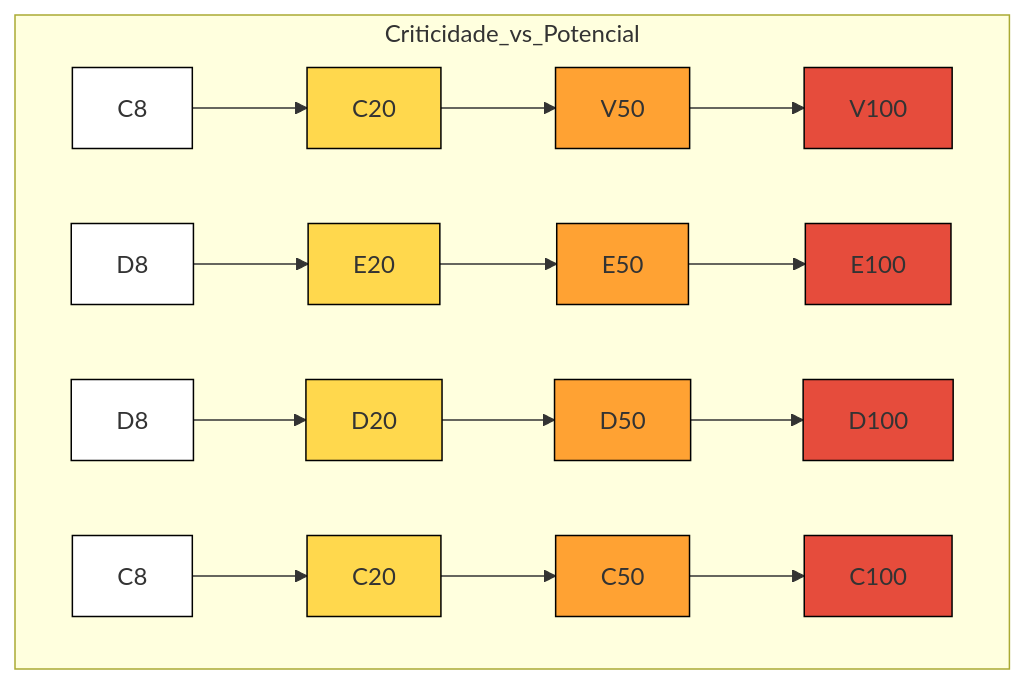
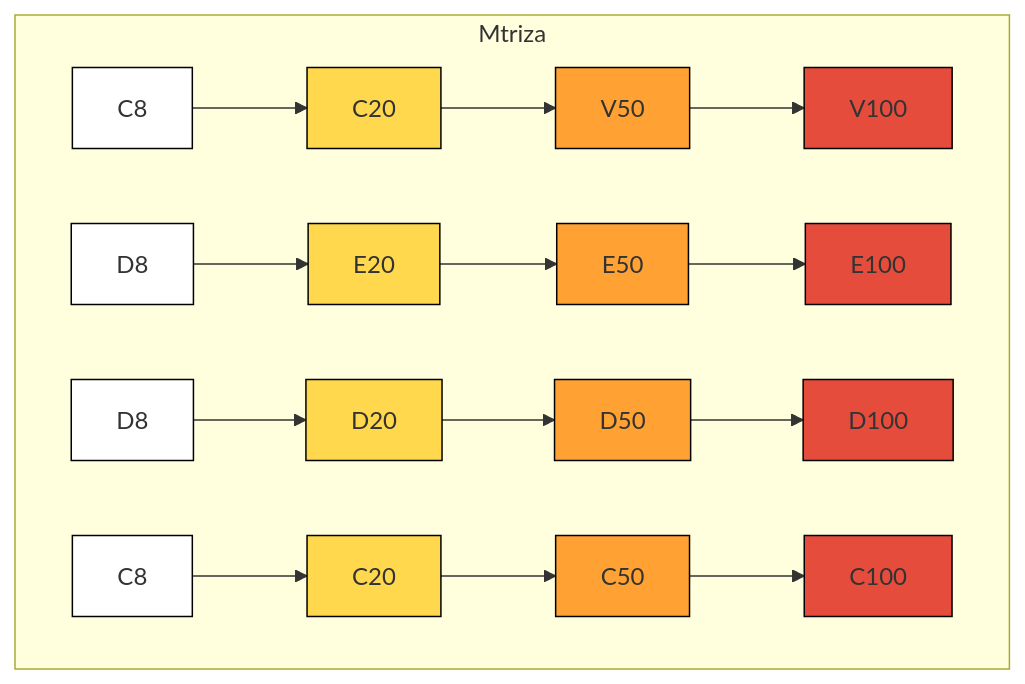
One commit to ramtrigodev/grafico_gant changed the fourth of 4 diagrams in README.md. Above: the diagram before and after it, drawn with Mermaid.

````diff
--- a/README.md
+++ b/README.md
@@ -44,19 +44,16 @@
 ```mermaid
-%% Matriz Crystal - Metodologia Ágil
-%% Eixos: Criticidade do Sistema x Potencial de perdas/danos
-
 graph TD
-    subgraph Criticidade_vs_Potencial
-        A1["C8"]:::white--> A2["C20"]:::yellow --> A3["V50"]:::orange --> A4["V100"]:::red
-        B1["D8"]:::white -->B2["E20"]:::yellow --> B3["E50"]:::orange --> B4["E100"]:::red
-        C1["D8"]:::white -->  C2["D20"]:::yellow --> C3["D50"]:::orange --> C4["D100"]:::red
+    subgraph Mtriza
+        A1["C8"]:::white-->  A2["C20"]:::yellow --> A3["V50"]:::orange --> A4["V100"]:::red
+        B1["D8"]:::white --> B2["E20"]:::yellow --> B3["E50"]:::orange --> B4["E100"]:::red
+        C1["D8"]:::white --> C2["D20"]:::yellow --> C3["D50"]:::orange --> C4["D100"]:::red
         D1["C8"]:::white-->  D2["C20"]:::yellow --> D3["C50"]:::orange --> D4["C100"]:::red
     end
 
     classDef white fill:#fff,stroke:#000,stroke-width:1px;
     classDef yellow fill:#FFD84D,stroke:#000,stroke-width:1px;
     classDef orange fill:#FFA233,stroke:#000,stroke-width:1px;
     classDef red fill:#E64C3C,stroke:#000,stroke-width:1px;
 
 
 ```
````
